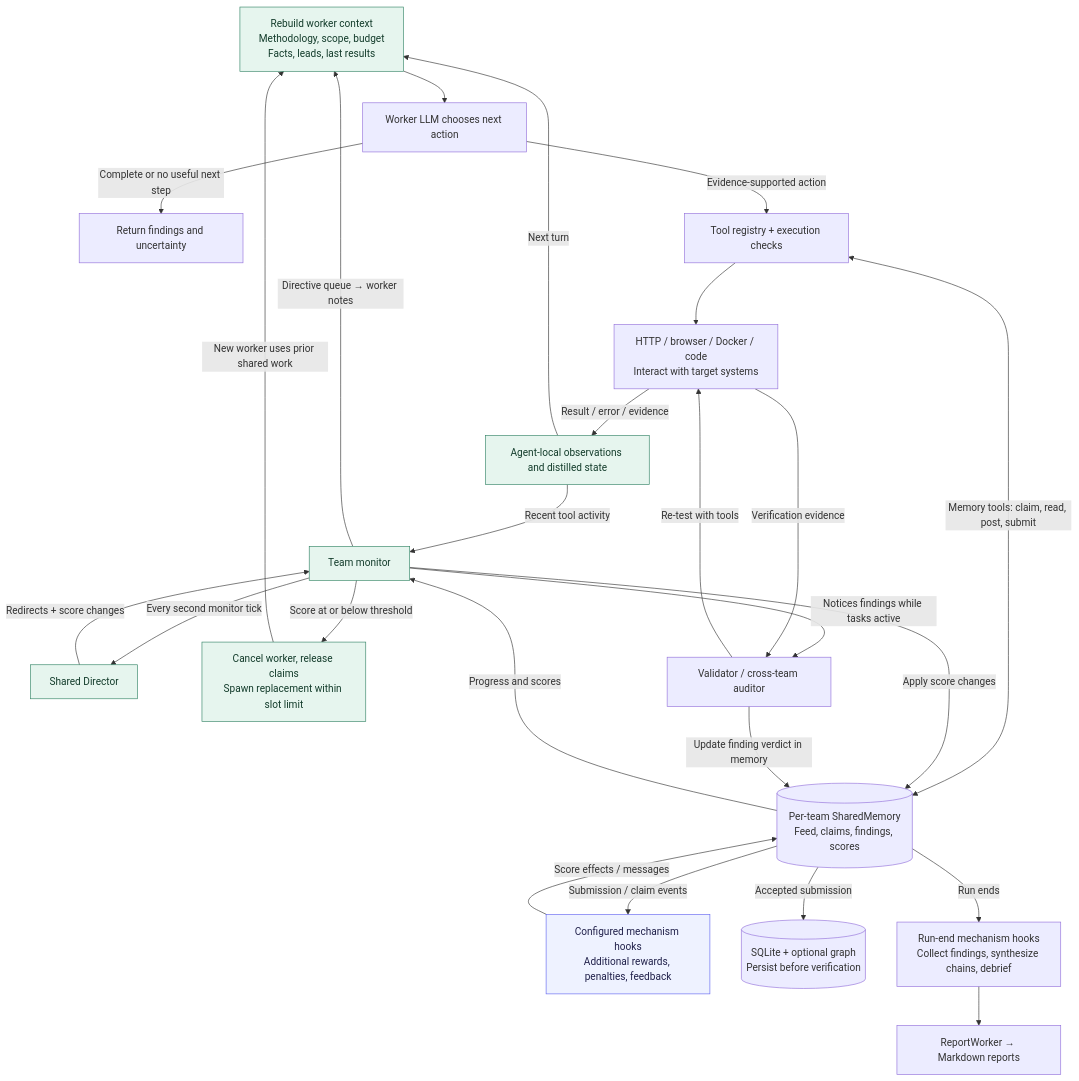
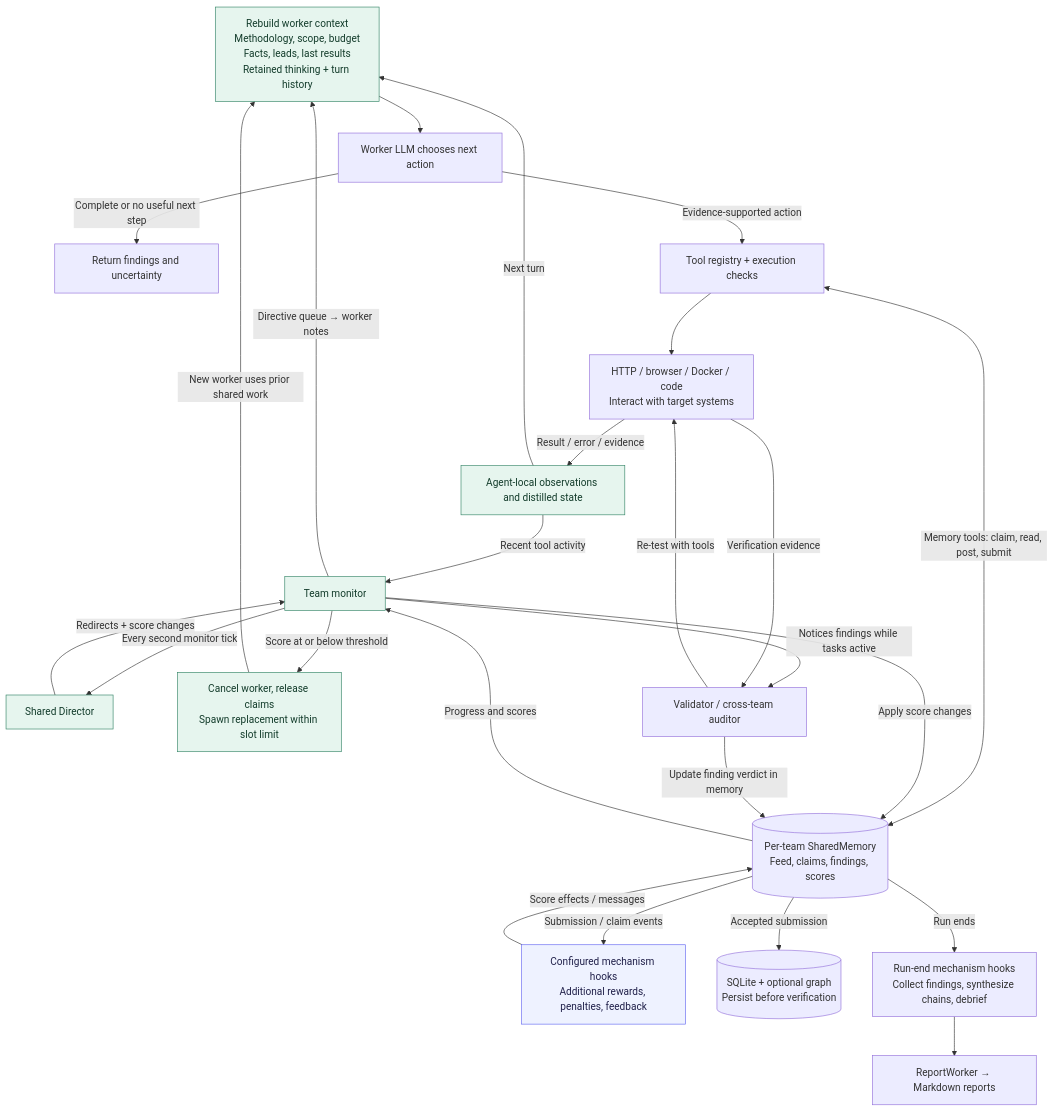
The third of 3 diagrams in docs/architecture.md (tsirolnik/fantasma), drawn with Mermaid before and after one commit. The commit also changed other lines of this file and 38 other files, not shown here.

````diff
--- a/docs/architecture.md
+++ b/docs/architecture.md
@@ -103,35 +107,35 @@
 ```mermaid
 flowchart TB
-    CONTEXT["Rebuild worker context<br/>Methodology, scope, budget<br/>Facts, leads, last results"] --> LLM["Worker LLM chooses next action"]
+    CONTEXT["Rebuild worker context<br/>Methodology, scope, budget<br/>Facts, leads, last results<br/>Retained thinking + turn history"] --> LLM["Worker LLM chooses next action"]
     LLM -->|"Complete or no useful next step"| DONE["Return findings and uncertainty"]
     LLM -->|"Evidence-supported action"| TOOL["Tool registry + execution checks"]
     TOOL --> EXEC["HTTP / browser / Docker / code<br/>Interact with target systems"]
     EXEC -->|"Result / error / evidence"| STATE["Agent-local observations and distilled state"]
     STATE -->|"Next turn"| CONTEXT
 
     TOOL <-->|"Memory tools: claim, read, post, submit"| MEMORY[("Per-team SharedMemory<br/>Feed, claims, findings, scores")]
     MEMORY -->|"Submission / claim events"| HOOK["Configured mechanism hooks<br/>Additional rewards, penalties, feedback"]
     HOOK -->|"Score effects / messages"| MEMORY
 
     MEMORY -->|"Progress and scores"| MON["Team monitor"]
     STATE -->|"Recent tool activity"| MON
     MON -->|"Every second monitor tick"| DIR["Shared Director"]
     DIR -->|"Redirects + score changes"| MON
     MON -->|"Directive queue → worker notes"| CONTEXT
     MON -->|"Apply score changes"| MEMORY
     MON -->|"Score at or below threshold"| REPLACE["Cancel worker, release claims<br/>Spawn replacement within slot limit"]
     REPLACE -->|"New worker uses prior shared work"| CONTEXT
 
     MON -->|"Notices findings while tasks active"| VAL["Validator / cross-team auditor"]
     VAL -->|"Re-test with tools"| EXEC
     EXEC -->|"Verification evidence"| VAL
     VAL -->|"Update finding verdict in memory"| MEMORY
 
     MEMORY -->|"Accepted submission"| STORE[("SQLite + optional graph<br/>Persist before verification")]
     MEMORY -->|"Run ends"| END["Run-end mechanism hooks<br/>Collect findings, synthesize chains, debrief"]
     END --> REPORT["ReportWorker → Markdown reports"]
     classDef feedback fill:#e6f5ee,stroke:#338466,color:#133c2b;
     class CONTEXT,STATE,MON,DIR,REPLACE feedback;
     classDef extension fill:#eef2ff,stroke:#6366f1,color:#20204a;
     class HOOK extension;
 ```
````
